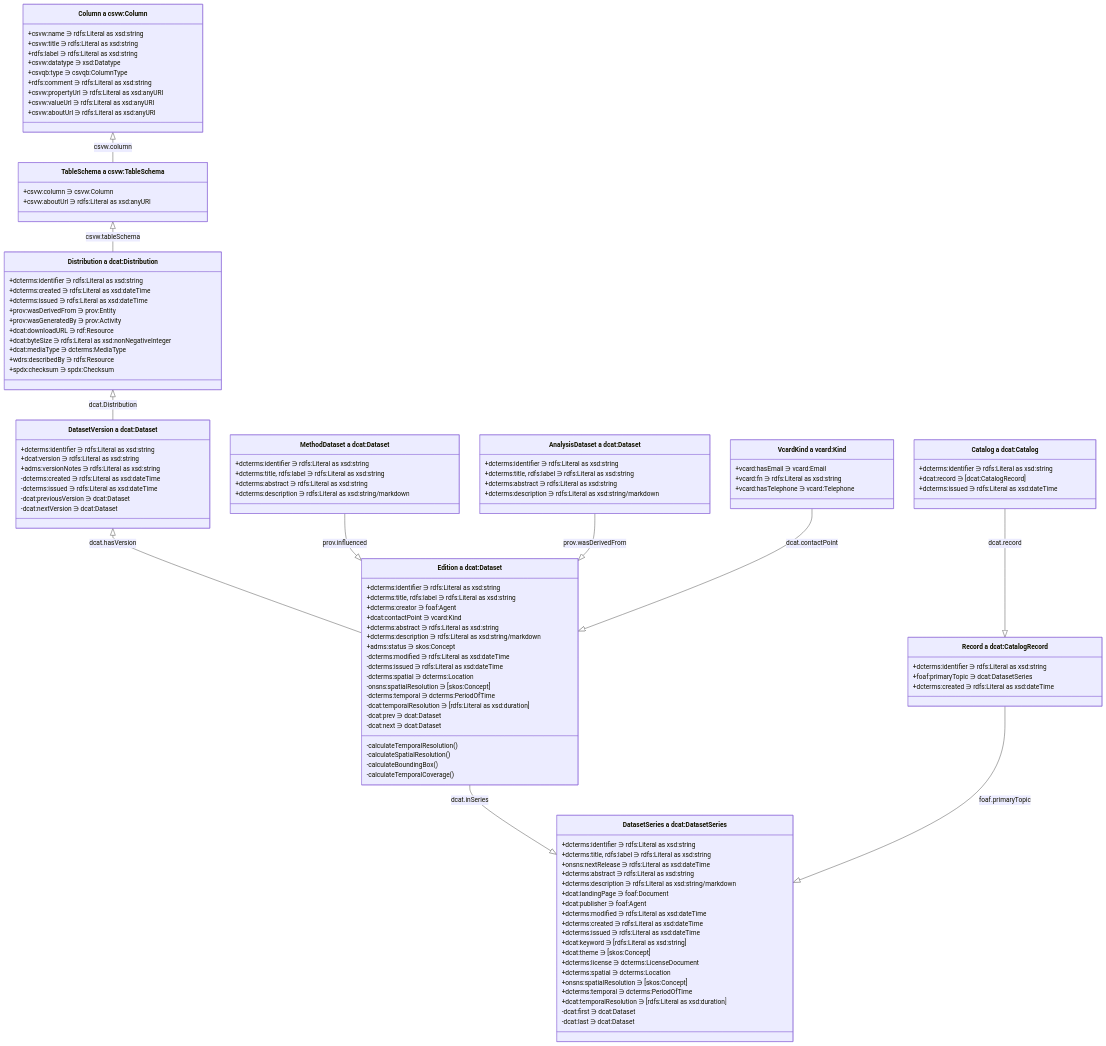
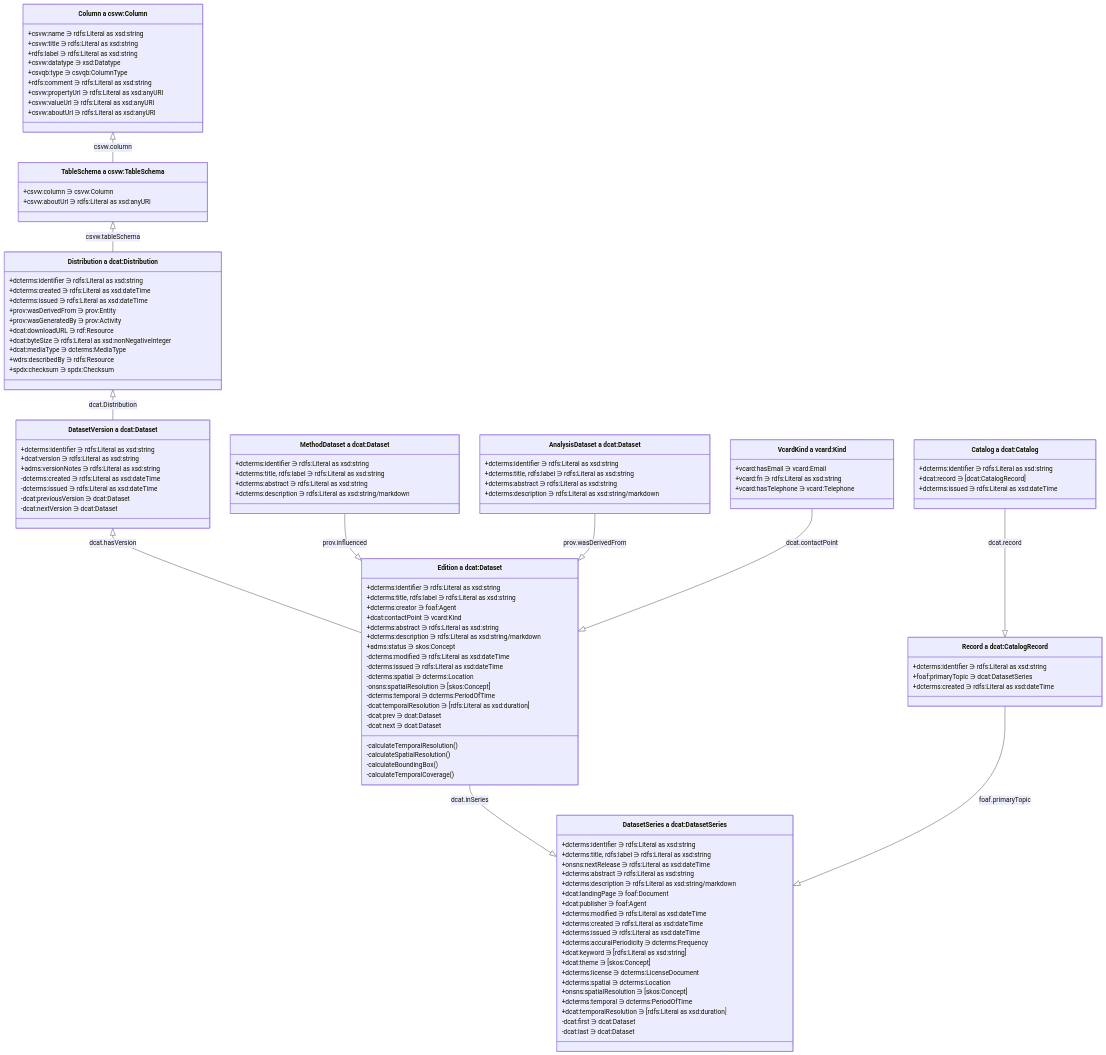
Before and after one commit to ONSdigital/application-profile: the diagram in worked-examples/json_ld_object_model.md, drawn with Mermaid. The commit also changed 8 other files, not shown here.

```diff
--- a/worked-examples/json_ld_object_model.md
+++ b/worked-examples/json_ld_object_model.md
@@ -107,6 +107,7 @@
     +dcterms:modified ∋ rdfs:Literal as xsd:dateTime
     +dcterms:created ∋ rdfs:Literal as xsd:dateTime
     +dcterms:issued ∋ rdfs:Literal as xsd:dateTime
+    +dcterms:accuralPeriodicity ∋ dcterms:Frequency
     +dcat:keyword ∋ [rdfs:Literal as xsd:string]
     +dcat:theme ∋ [skos:Concept]
     +dcterms:license ∋ dcterms:LicenseDocument
```
